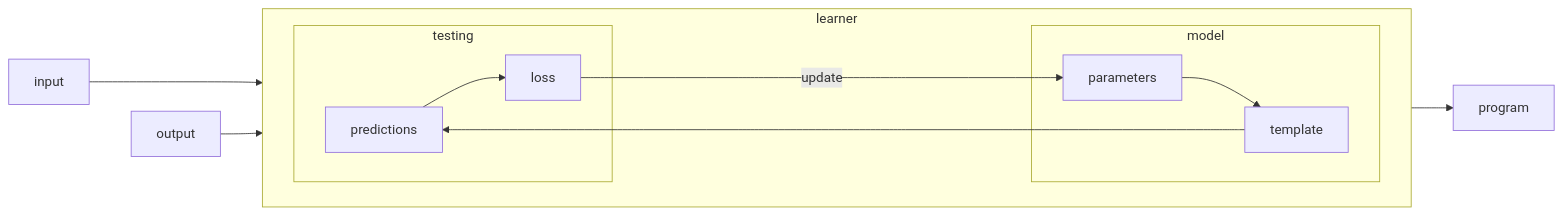
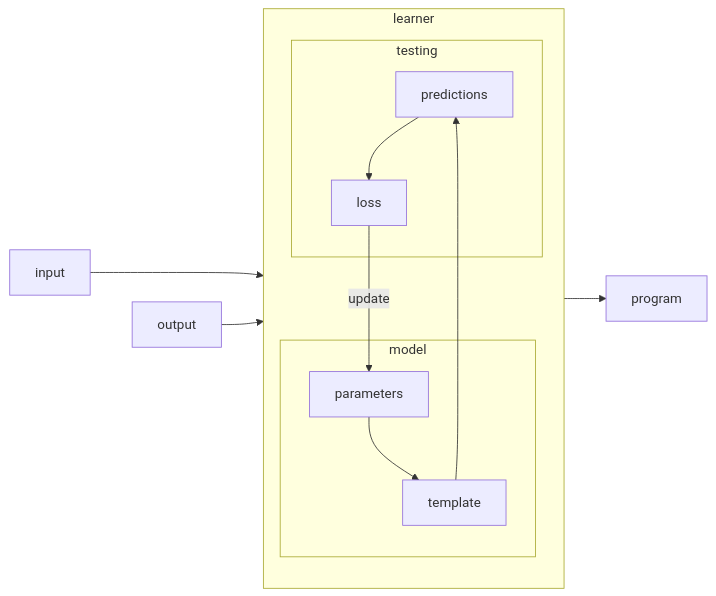
The third of 3 diagrams in _posts/2023-08-16-rivoluzione.md (nicoladerric/nicoladerric.github.io), drawn with Mermaid before and after one commit.

````diff
--- a/_posts/2023-08-16-rivoluzione.md
+++ b/_posts/2023-08-16-rivoluzione.md
@@ -53,18 +53,18 @@
 ```mermaid
 flowchart LR;
     input ---> template;
     subgraph learner
-        direction LR
+        direction TB
         model ~~~ testing;
         subgraph model
         parameters --> template;
         end
         subgraph testing
         template --> predictions;
         predictions --> loss;
         end
-        loss -------> |update|parameters;
+        loss --> |update|parameters;
     end
     output --> loss;
     learner --> program
 ```
````
